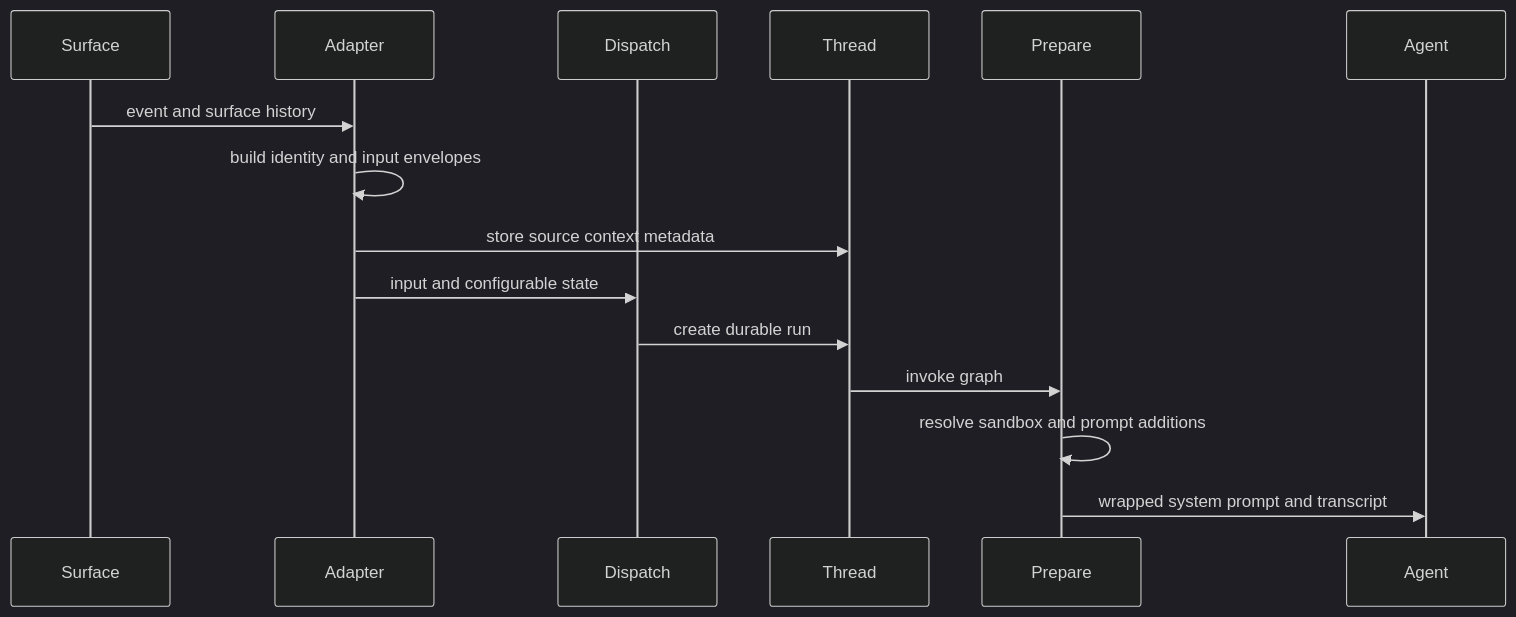
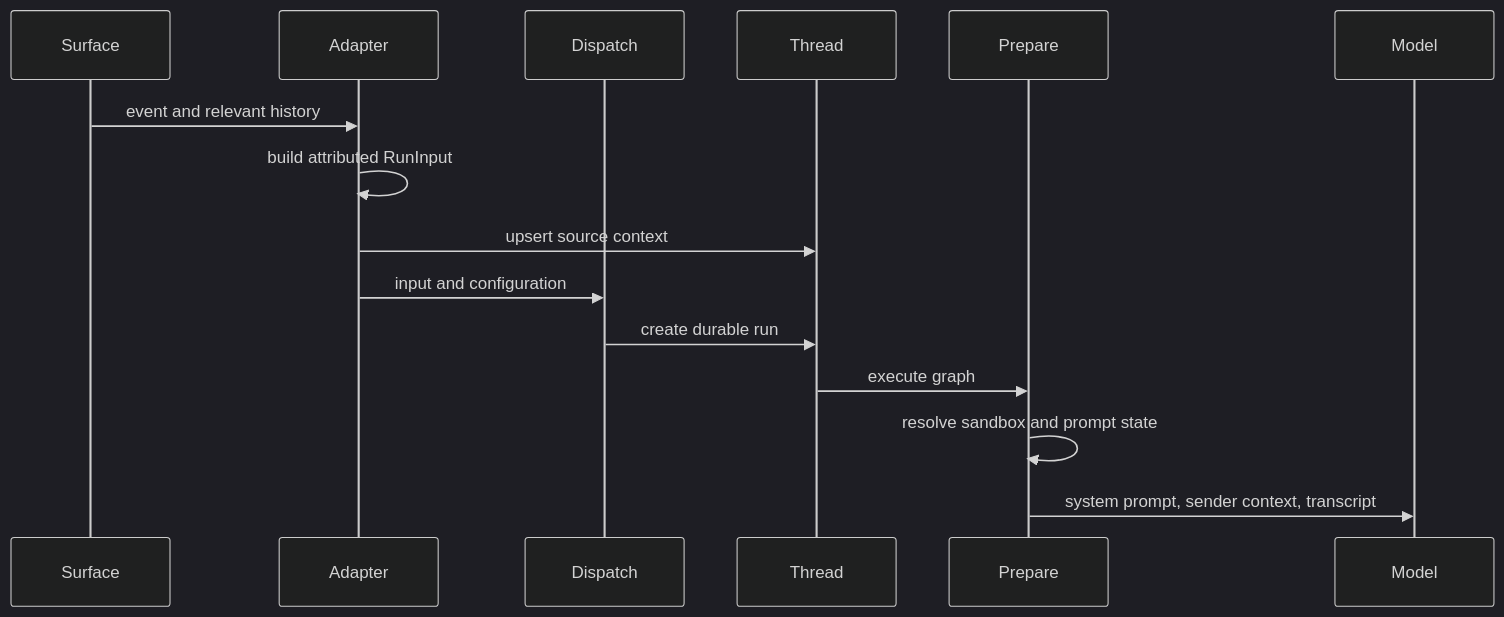
Before and after one commit to langchain-ai/open-swe: the diagram in openwiki/workflows/context-engineering.md, drawn with Mermaid (dark theme). The commit also changed other lines of this file and 51 other files, not shown here.

````diff
--- a/openwiki/workflows/context-engineering.md
+++ b/openwiki/workflows/context-engineering.md
@@ -47,17 +55,17 @@
 ```mermaid
 sequenceDiagram
     participant Surface
     participant Adapter
     participant Dispatch
     participant Thread
     participant Prepare
-    participant Agent
-    Surface->>Adapter: event and surface history
-    Adapter->>Adapter: build identity and input envelopes
-    Adapter->>Thread: store source context metadata
-    Adapter->>Dispatch: input and configurable state
+    participant Model
+    Surface->>Adapter: event and relevant history
+    Adapter->>Adapter: build attributed RunInput
+    Adapter->>Thread: upsert source context
+    Adapter->>Dispatch: input and configuration
     Dispatch->>Thread: create durable run
-    Thread->>Prepare: invoke graph
-    Prepare->>Prepare: resolve sandbox and prompt additions
-    Prepare->>Agent: wrapped system prompt and transcript
+    Thread->>Prepare: execute graph
+    Prepare->>Prepare: resolve sandbox and prompt state
+    Prepare->>Model: system prompt, sender context, transcript
 ```
````
